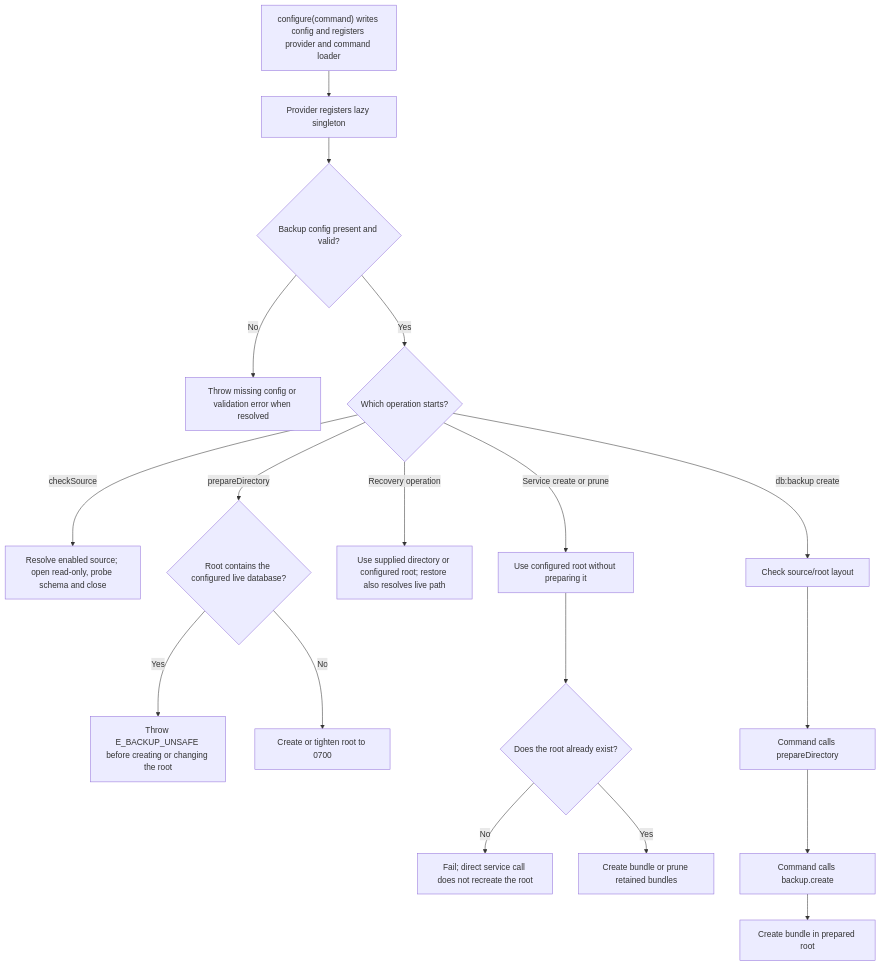
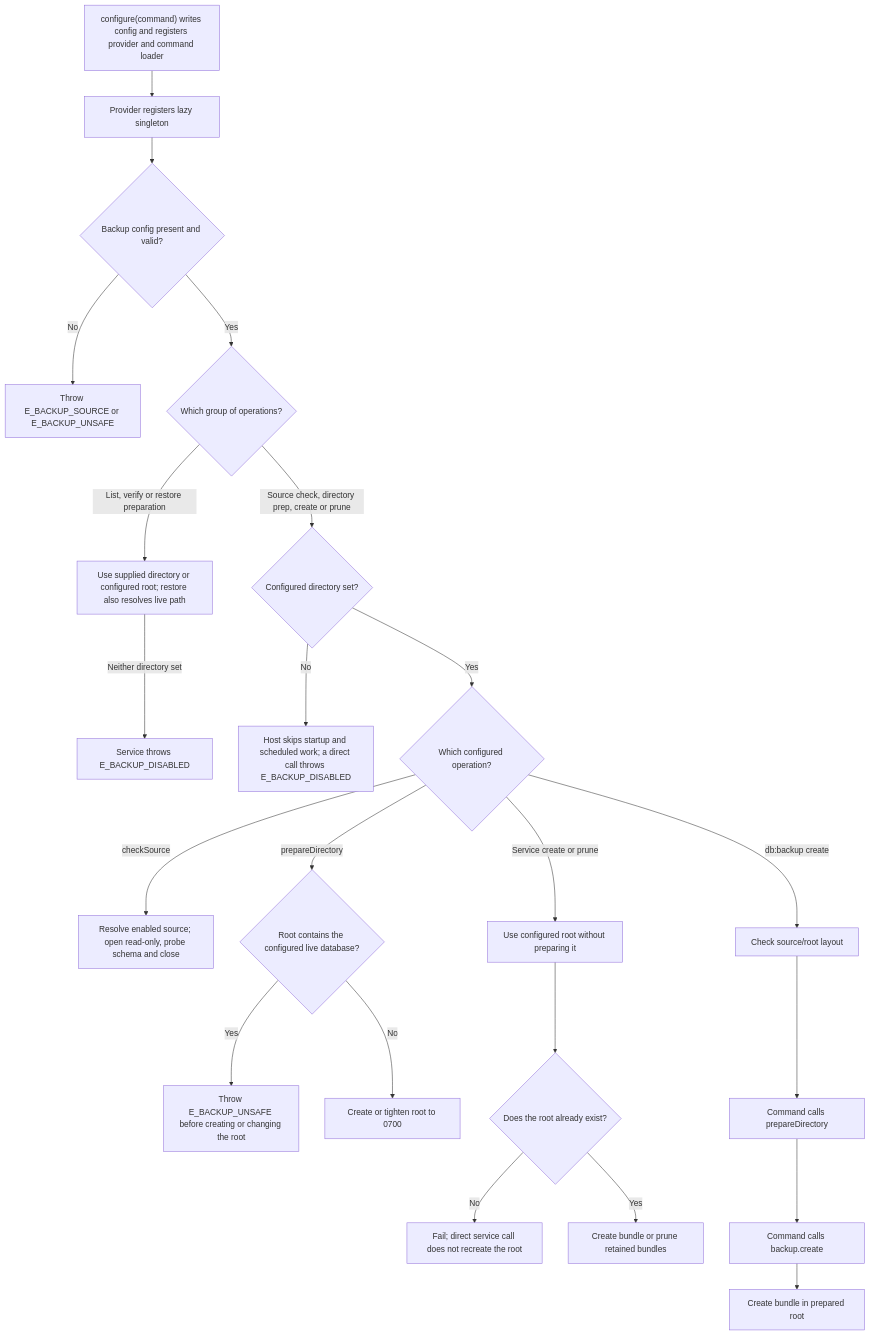
One commit to Kevinjohn/oss-adonisjs-sqlite-backup changed the second of 2 diagrams in user-stories/setup/us-setup-01-configure-backups.md. Above: the diagram before and after it, drawn with Mermaid. The commit also changed other lines of this file and 8 other files, not shown here.

````diff
--- a/user-stories/setup/us-setup-01-configure-backups.md
+++ b/user-stories/setup/us-setup-01-configure-backups.md
@@ -48,20 +48,24 @@
 ```mermaid
 flowchart TD
     A["configure(command) writes config and registers provider and command loader"] --> B["Provider registers lazy singleton"]
     B --> B1{"Backup config present and valid?"}
-    B1 -->|No| X["Throw missing config or validation error when resolved"]
-    B1 -->|Yes| C{"Which operation starts?"}
+    B1 -->|No| X["Throw E_BACKUP_SOURCE or E_BACKUP_UNSAFE"]
+    B1 -->|Yes| O{"Which group of operations?"}
+    O -->|List, verify or restore preparation| R["Use supplied directory or configured root; restore also resolves live path"]
+    R -->|Neither directory set| F0["Service throws E_BACKUP_DISABLED"]
+    O -->|Source check, directory prep, create or prune| D0{"Configured directory set?"}
+    D0 -->|No| F1["Host skips startup and scheduled work; a direct call throws E_BACKUP_DISABLED"]
+    D0 -->|Yes| C{"Which configured operation?"}
     C -->|checkSource| S["Resolve enabled source; open read-only, probe schema and close"]
     C -->|prepareDirectory| P1{"Root contains the configured live database?"}
     P1 -->|Yes| P2["Throw E_BACKUP_UNSAFE before creating or changing the root"]
     P1 -->|No| P["Create or tighten root to 0700"]
-    C -->|Recovery operation| R["Use supplied directory or configured root; restore also resolves live path"]
     C -->|Service create or prune| D["Use configured root without preparing it"]
     D --> E{"Does the root already exist?"}
     E -->|No| F["Fail; direct service call does not recreate the root"]
     E -->|Yes| G["Create bundle or prune retained bundles"]
     C -->|db:backup create| H1["Check source/root layout"]
     H1 --> H["Command calls prepareDirectory"]
     H --> I["Command calls backup.create"]
     I --> J["Create bundle in prepared root"]
 ```
````
